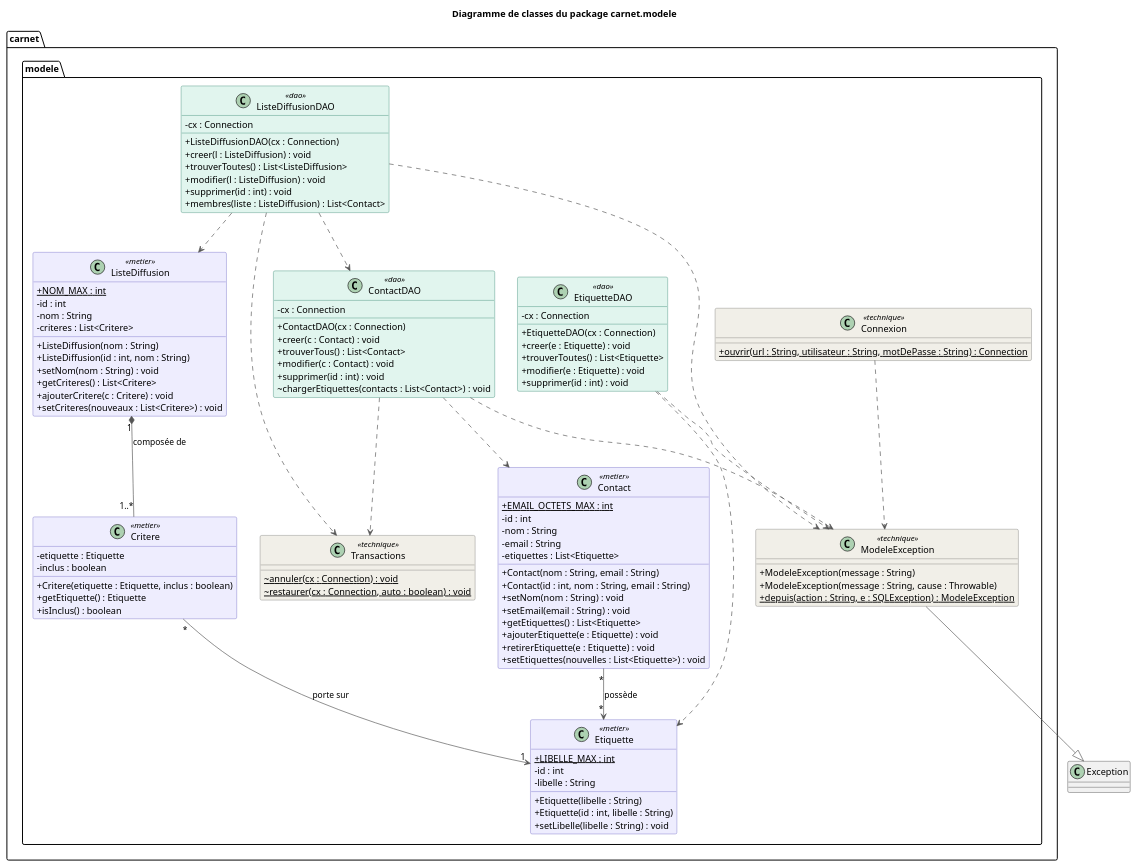
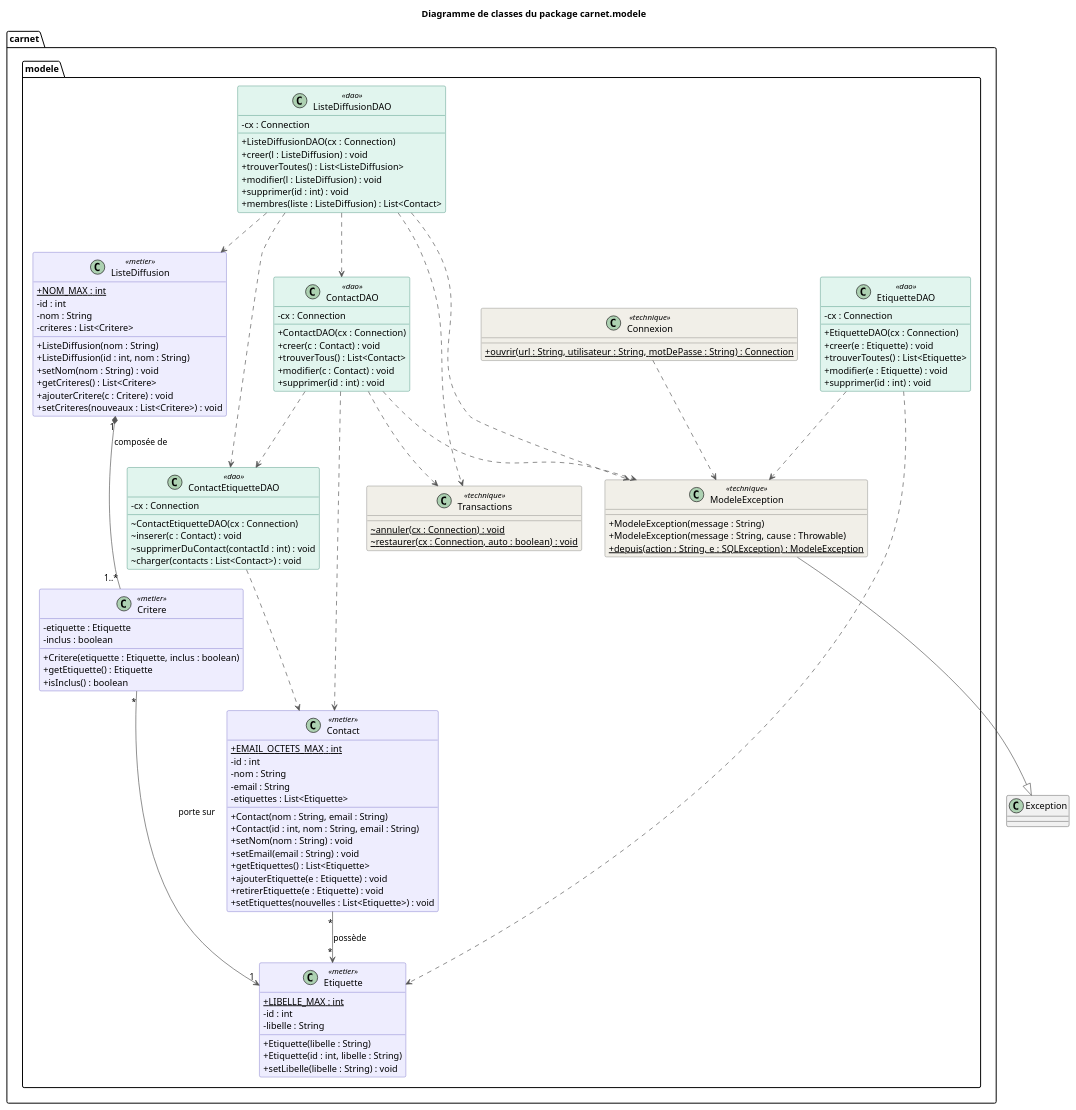
Before and after one commit to Nkouka-I/App_Carnet_Adresses: the diagram in res/diagramme_classes_modele.puml, drawn with PlantUML. The commit also changed 15 other files, not shown here.

```diff
--- a/res/diagramme_classes_modele.puml
+++ b/res/diagramme_classes_modele.puml
@@ -1,133 +1,143 @@
 @startuml
 title Diagramme de classes du package carnet.modele
 
 skinparam classAttributeIconSize 0
 skinparam shadowing false
 skinparam defaultFontName SansSerif
 skinparam ArrowColor #555555
 skinparam class {
   BackgroundColor<<metier>> #EEEDFE
   BorderColor<<metier>> #534AB7
   BackgroundColor<<dao>> #E1F5EE
   BorderColor<<dao>> #0F6E56
   BackgroundColor<<technique>> #F1EFE8
   BorderColor<<technique>> #5F5E5A
 }
 
 package "carnet.modele" {
 
   ' ---------- Objets métier ----------
   class Contact <<metier>> {
     +{static} EMAIL_OCTETS_MAX : int
     -id : int
     -nom : String
     -email : String
     -etiquettes : List<Etiquette>
     +Contact(nom : String, email : String)
     +Contact(id : int, nom : String, email : String)
     +setNom(nom : String) : void
     +setEmail(email : String) : void
     +getEtiquettes() : List<Etiquette>
     +ajouterEtiquette(e : Etiquette) : void
     +retirerEtiquette(e : Etiquette) : void
     +setEtiquettes(nouvelles : List<Etiquette>) : void
   }
 
   class Etiquette <<metier>> {
     +{static} LIBELLE_MAX : int
     -id : int
     -libelle : String
     +Etiquette(libelle : String)
     +Etiquette(id : int, libelle : String)
     +setLibelle(libelle : String) : void
   }
 
   class Critere <<metier>> {
     -etiquette : Etiquette
     -inclus : boolean
     +Critere(etiquette : Etiquette, inclus : boolean)
     +getEtiquette() : Etiquette
     +isInclus() : boolean
   }
 
   class ListeDiffusion <<metier>> {
     +{static} NOM_MAX : int
     -id : int
     -nom : String
     -criteres : List<Critere>
     +ListeDiffusion(nom : String)
     +ListeDiffusion(id : int, nom : String)
     +setNom(nom : String) : void
     +getCriteres() : List<Critere>
     +ajouterCritere(c : Critere) : void
     +setCriteres(nouveaux : List<Critere>) : void
   }
 
   ' ---------- DAO ----------
   class ContactDAO <<dao>> {
     -cx : Connection
     +ContactDAO(cx : Connection)
     +creer(c : Contact) : void
     +trouverTous() : List<Contact>
     +modifier(c : Contact) : void
     +supprimer(id : int) : void
-    ~chargerEtiquettes(contacts : List<Contact>) : void
+  }
+
+  class ContactEtiquetteDAO <<dao>> {
+    -cx : Connection
+    ~ContactEtiquetteDAO(cx : Connection)
+    ~inserer(c : Contact) : void
+    ~supprimerDuContact(contactId : int) : void
+    ~charger(contacts : List<Contact>) : void
   }
 
   class EtiquetteDAO <<dao>> {
     -cx : Connection
     +EtiquetteDAO(cx : Connection)
     +creer(e : Etiquette) : void
     +trouverToutes() : List<Etiquette>
     +modifier(e : Etiquette) : void
     +supprimer(id : int) : void
   }
 
   class ListeDiffusionDAO <<dao>> {
     -cx : Connection
     +ListeDiffusionDAO(cx : Connection)
     +creer(l : ListeDiffusion) : void
     +trouverToutes() : List<ListeDiffusion>
     +modifier(l : ListeDiffusion) : void
     +supprimer(id : int) : void
     +membres(liste : ListeDiffusion) : List<Contact>
   }
 
   ' ---------- Classes techniques ----------
   class Connexion <<technique>> {
     +{static} ouvrir(url : String, utilisateur : String, motDePasse : String) : Connection
   }
 
   class Transactions <<technique>> {
     ~{static} annuler(cx : Connection) : void
     ~{static} restaurer(cx : Connection, auto : boolean) : void
   }
 
   class ModeleException <<technique>> {
     +ModeleException(message : String)
     +ModeleException(message : String, cause : Throwable)
     +{static} depuis(action : String, e : SQLException) : ModeleException
   }
 }
 
 class Exception
 
 ' ---------- Relations ----------
 Contact "*" --> "*" Etiquette : possède
 ListeDiffusion "1" *-- "1..*" Critere : composée de
 Critere "*" --> "1" Etiquette : porte sur
 
 ContactDAO ..> Contact
 EtiquetteDAO ..> Etiquette
 ListeDiffusionDAO ..> ListeDiffusion
 ListeDiffusionDAO ..> ContactDAO
+ContactDAO ..> ContactEtiquetteDAO
+ListeDiffusionDAO ..> ContactEtiquetteDAO
+ContactEtiquetteDAO ..> Contact
 ContactDAO ..> Transactions
 ListeDiffusionDAO ..> Transactions
 
 ContactDAO ..> ModeleException
 EtiquetteDAO ..> ModeleException
 ListeDiffusionDAO ..> ModeleException
 Connexion ..> ModeleException
 ModeleException --|> Exception
 
 @enduml
```
